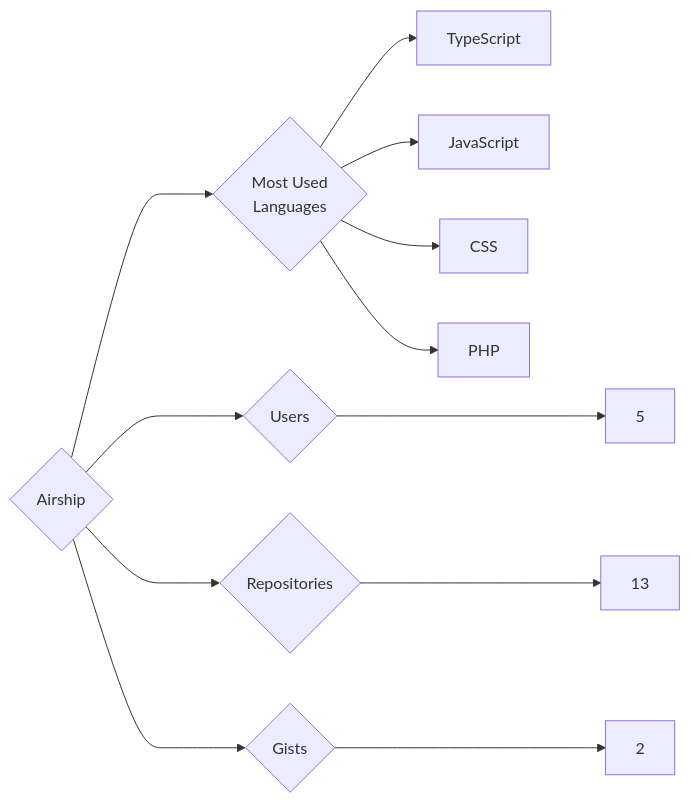
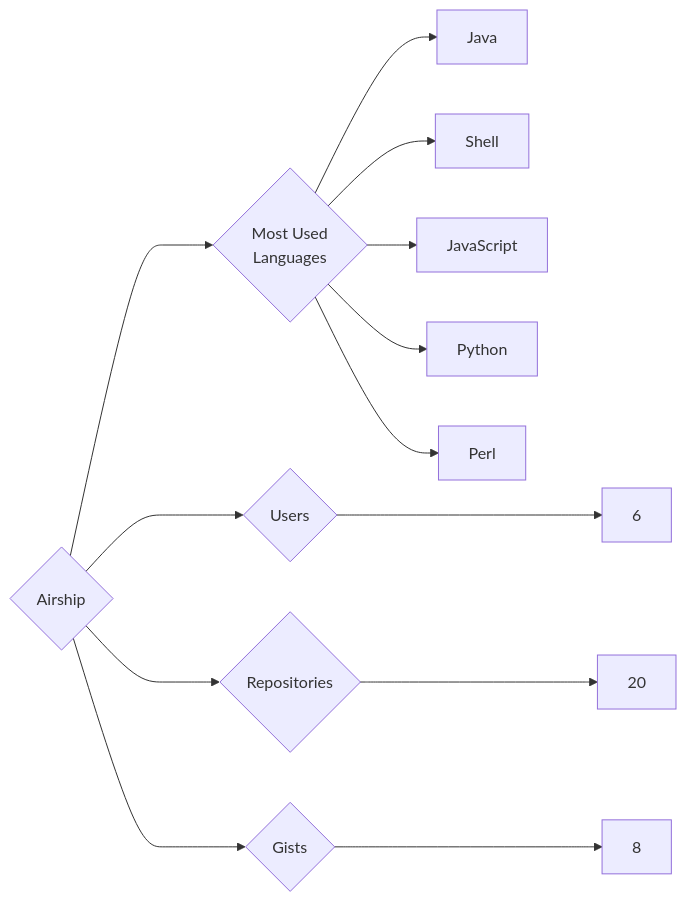
Before and after one commit to trickest/insiders: the diagram in targets/Airship/README.md, drawn with Mermaid. The commit also changed 723 other files, not shown here.

````diff
--- a/targets/Airship/README.md
+++ b/targets/Airship/README.md
@@ -3,12 +3,13 @@
 ```mermaid
 graph LR
 COMPANY_NAME{Airship}
-COMPANY_NAME ---> U{Users} ---> UN[5]
-COMPANY_NAME ---> R{Repositories} ---> RN[13]
-COMPANY_NAME ---> G{Gists} ---> GN[2]
+COMPANY_NAME ---> U{Users} ---> UN[6]
+COMPANY_NAME ---> R{Repositories} ---> RN[20]
+COMPANY_NAME ---> G{Gists} ---> GN[8]
 COMPANY_NAME ---> ML{Most Used<br>Languages}
-ML --> TypeScript[TypeScript]
+ML --> Java[Java]
+ML --> Shell[Shell]
 ML --> JavaScript[JavaScript]
-ML --> CSS[CSS]
-ML --> PHP[PHP]
+ML --> Python[Python]
+ML --> Perl[Perl]
 ```
````
